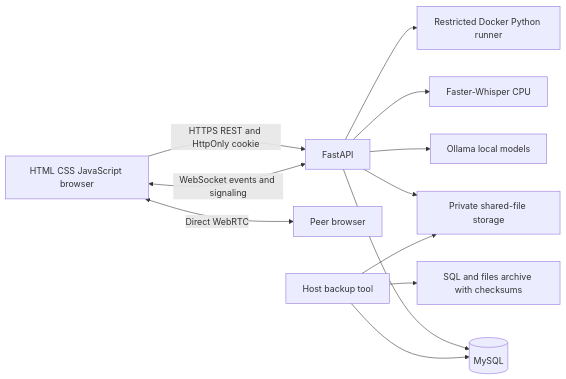
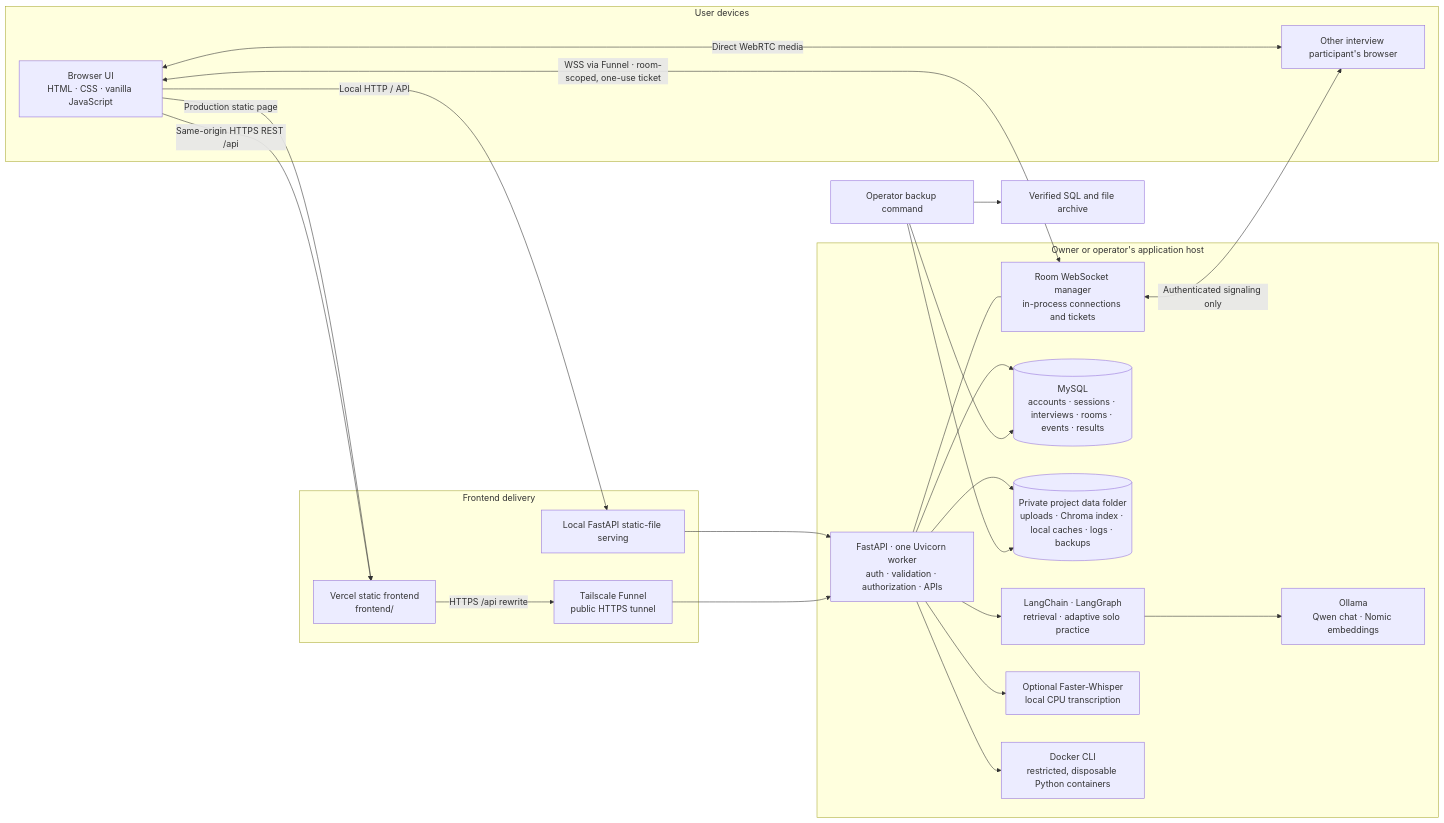
One commit to zamanuddinkhan/InterviewAce_AI changed the first of 2 diagrams in docs/PROJECT_GUIDE.md. Above: the diagram before and after it, drawn with Mermaid. The commit also changed other lines of this file, not shown here.

Commit message:
Revise PROJECT_GUIDE to enhance architecture diagrams, clarify runtime topology, and update data handling descriptions

````diff
--- a/docs/PROJECT_GUIDE.md
+++ b/docs/PROJECT_GUIDE.md
@@ -11,14 +11,45 @@
 ```mermaid
 flowchart LR
-    B[HTML CSS JavaScript browser] -->|HTTPS REST and HttpOnly cookie| A[FastAPI]
-    B <-->|WebSocket events and signaling| A
-    B <-->|Direct WebRTC| P[Peer browser]
-    A --> M[(MySQL)]
-    A --> F[Private shared-file storage]
-    A --> L[Ollama local models]
-    A --> W[Faster-Whisper CPU]
-    A --> D[Restricted Docker Python runner]
-    O[Host backup tool] --> M
-    O --> F
-    O --> Z[SQL and files archive with checksums]
+    subgraph Clients[User devices]
+        Browser[Browser UI<br/>HTML · CSS · vanilla JavaScript]
+        Peer[Other interview participant's browser]
+    end
+
+    subgraph Delivery[Frontend delivery]
+        Local[Local FastAPI static-file serving]
+        Vercel[Vercel static frontend<br/>frontend/]
+        Funnel[Tailscale Funnel<br/>public HTTPS tunnel]
+    end
+
+    subgraph Host[Owner or operator's application host]
+        API[FastAPI · one Uvicorn worker<br/>auth · validation · authorization · APIs]
+        WS[Room WebSocket manager<br/>in-process connections and tickets]
+        SQL[(MySQL<br/>accounts · sessions · interviews · rooms · events · results)]
+        Disk[(Private project data folder<br/>uploads · Chroma index · local caches · logs · backups)]
+        AI[Ollama<br/>Qwen chat · Nomic embeddings]
+        Graph[LangChain · LangGraph<br/>retrieval · adaptive solo practice]
+        Whisper[Optional Faster-Whisper<br/>local CPU transcription]
+        Runner[Docker CLI<br/>restricted, disposable Python containers]
+    end
+
+    Browser -->|Local HTTP / API| Local
+    Local --> API
+    Browser -->|Production static page| Vercel
+    Browser -->|Same-origin HTTPS REST /api| Vercel
+    Vercel -->|HTTPS /api rewrite| Funnel
+    Funnel --> API
+    Browser <-->|WSS via Funnel · room-scoped, one-use ticket| WS
+    API --- WS
+    API --> SQL
+    API --> Disk
+    API --> Graph
+    Graph --> AI
+    API --> Whisper
+    API --> Runner
+    Browser <-->|Direct WebRTC media| Peer
+    WS <-->|Authenticated signaling only| Peer
+
+    Backup[Operator backup command] --> SQL
+    Backup --> Disk
+    Backup --> Archive[Verified SQL and file archive]
 ```
````
